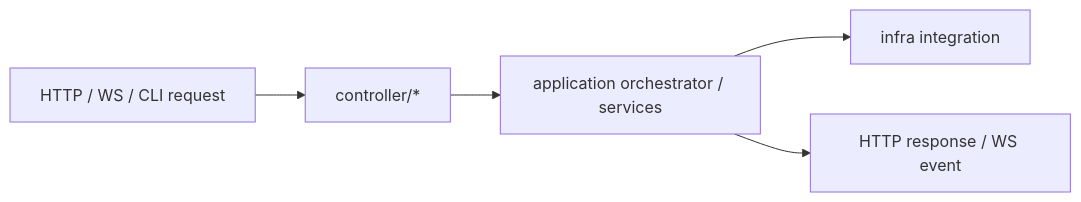
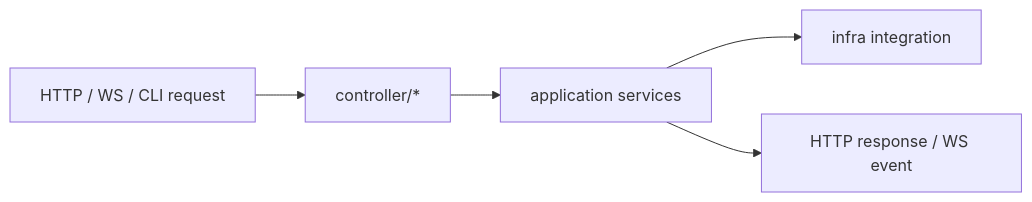
One commit to zhongmiao-org/meta-lc-platform changed the diagram in packages/bff/README.md. Above: the diagram before and after it, drawn with Mermaid. The commit also changed other lines of this file and 41 other files, not shown here.

````diff
--- a/packages/bff/README.md
+++ b/packages/bff/README.md
@@ -88,7 +87,7 @@
 ```mermaid
 flowchart LR
   Http["HTTP / WS / CLI request"] --> Entry["controller/*"]
-  Entry --> App["application orchestrator / services"]
+  Entry --> App["application services"]
   App --> Infra["infra integration"]
   App --> Response["HTTP response / WS event"]
 ```
````
